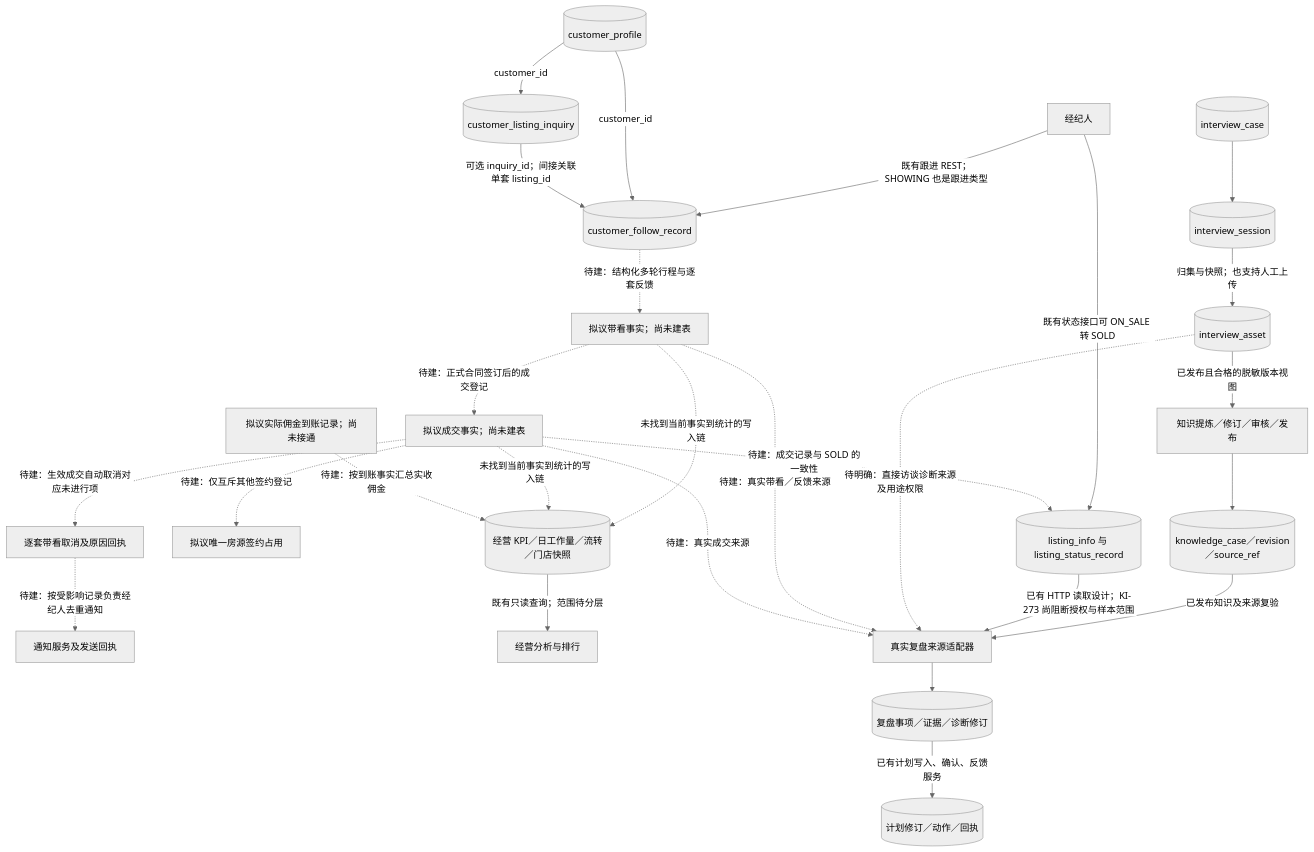
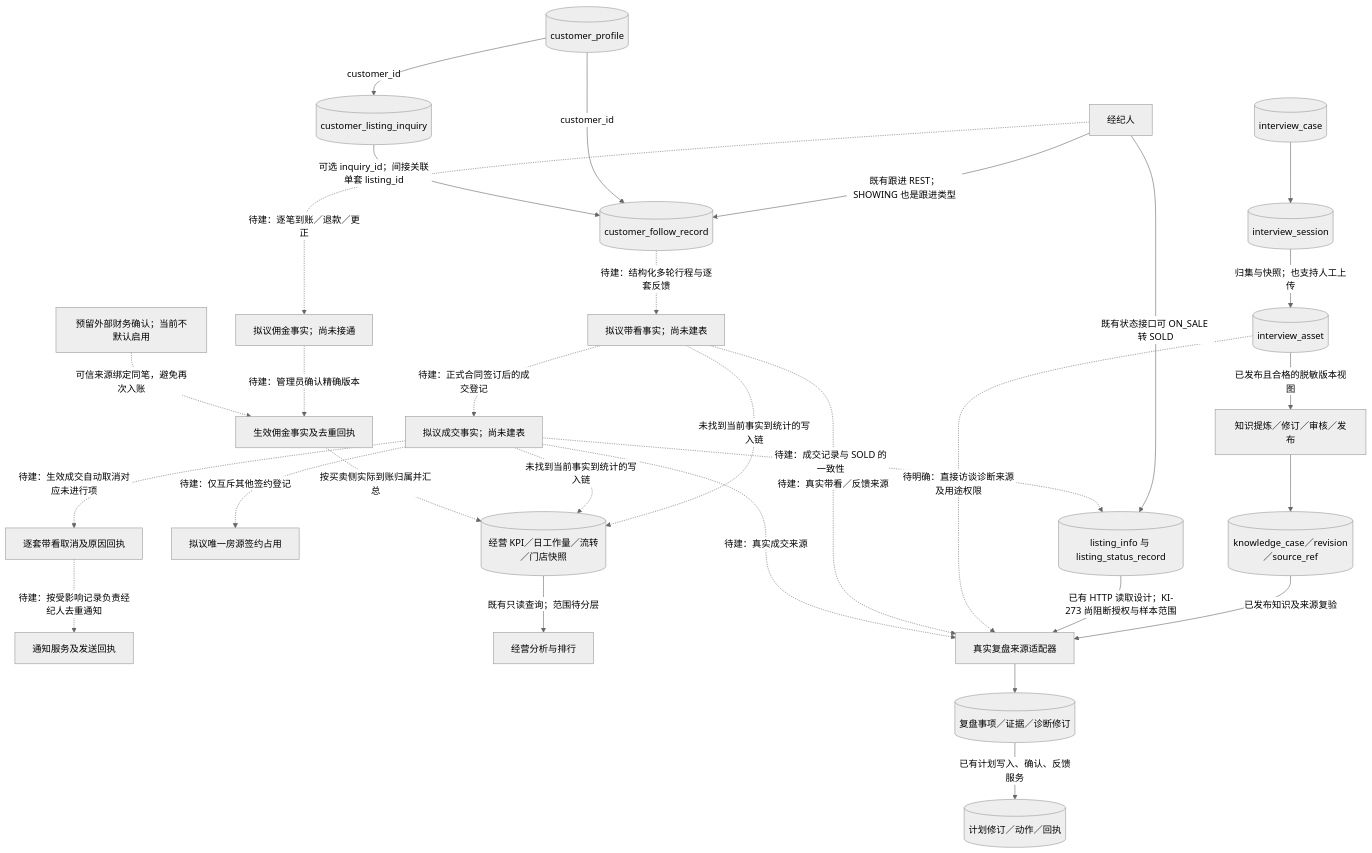
Before and after one commit to crj-tik/BkAnentProject: the diagram in openspec/changes/align-sales-followup-and-business-review/investigation.md, drawn with Mermaid (neutral theme). The commit also changed other lines of this file and 7 other files, not shown here.

````diff
--- a/openspec/changes/align-sales-followup-and-business-review/investigation.md
+++ b/openspec/changes/align-sales-followup-and-business-review/investigation.md
@@ -19,35 +21,38 @@
 ```mermaid
 flowchart TB
     broker[经纪人]
     customer[(customer_profile)]
     inquiry[(customer_listing_inquiry)]
     follow[(customer_follow_record)]
     listing[(listing_info 与 listing_status_record)]
     broker -->|既有跟进 REST；SHOWING 也是跟进类型| follow
     customer -->|customer_id| follow
     customer -->|customer_id| inquiry
     inquiry -->|可选 inquiry_id；间接关联单套 listing_id| follow
     broker -->|既有状态接口可 ON_SALE 转 SOLD| listing
     follow -.->|待建：结构化多轮行程与逐套反馈| visit[拟议带看事实；尚未建表]
     visit -.->|待建：正式合同签订后的成交登记| deal[拟议成交事实；尚未建表]
     deal -.->|待建：仅互斥其他签约登记| reservation[拟议唯一房源签约占用]
     deal -.->|待建：成交记录与 SOLD 的一致性| listing
     deal -.->|待建：生效成交自动取消对应未进行项| cancelled[逐套带看取消及原因回执]
     cancelled -.->|待建：按受影响记录负责经纪人去重通知| notice[通知服务及发送回执]
     stats[(经营 KPI／日工作量／流转／门店快照)]
     visit -.->|未找到当前事实到统计的写入链| stats
     deal -.->|未找到当前事实到统计的写入链| stats
-    received[拟议实际佣金到账记录；尚未接通] -.->|待建：按到账事实汇总实收佣金| stats
+    broker -.->|待建：逐笔到账／退款／更正| received[拟议佣金事实；尚未接通]
+    received -.->|待建：管理员确认精确版本| moneyEffective[生效佣金事实及去重回执]
+    finance[预留外部财务确认；当前不默认启用] -.->|可信来源绑定同笔，避免再次入账| moneyEffective
+    moneyEffective -.->|按买卖侧实际到账归属并汇总| stats
     stats -->|既有只读查询；范围待分层| analytics[经营分析与排行]
     case[(interview_case)] --> session[(interview_session)]
     session -->|归集与快照；也支持人工上传| asset[(interview_asset)]
     asset -->|已发布且合格的脱敏版本视图| kg[知识提炼／修订／审核／发布]
     kg --> knowledge[(knowledge_case／revision／source_ref)]
     knowledge -->|已发布知识及来源复验| review[真实复盘来源适配器]
     listing -->|已有 HTTP 读取设计；KI-273 尚阻断授权与样本范围| review
     asset -.->|待明确：直接访谈诊断来源及用途权限| review
     visit -.->|待建：真实带看／反馈来源| review
     deal -.->|待建：真实成交来源| review
     review --> matter[(复盘事项／证据／诊断修订)]
     matter -->|已有计划写入、确认、反馈服务| plan[(计划修订／动作／回执)]
 ```
````
